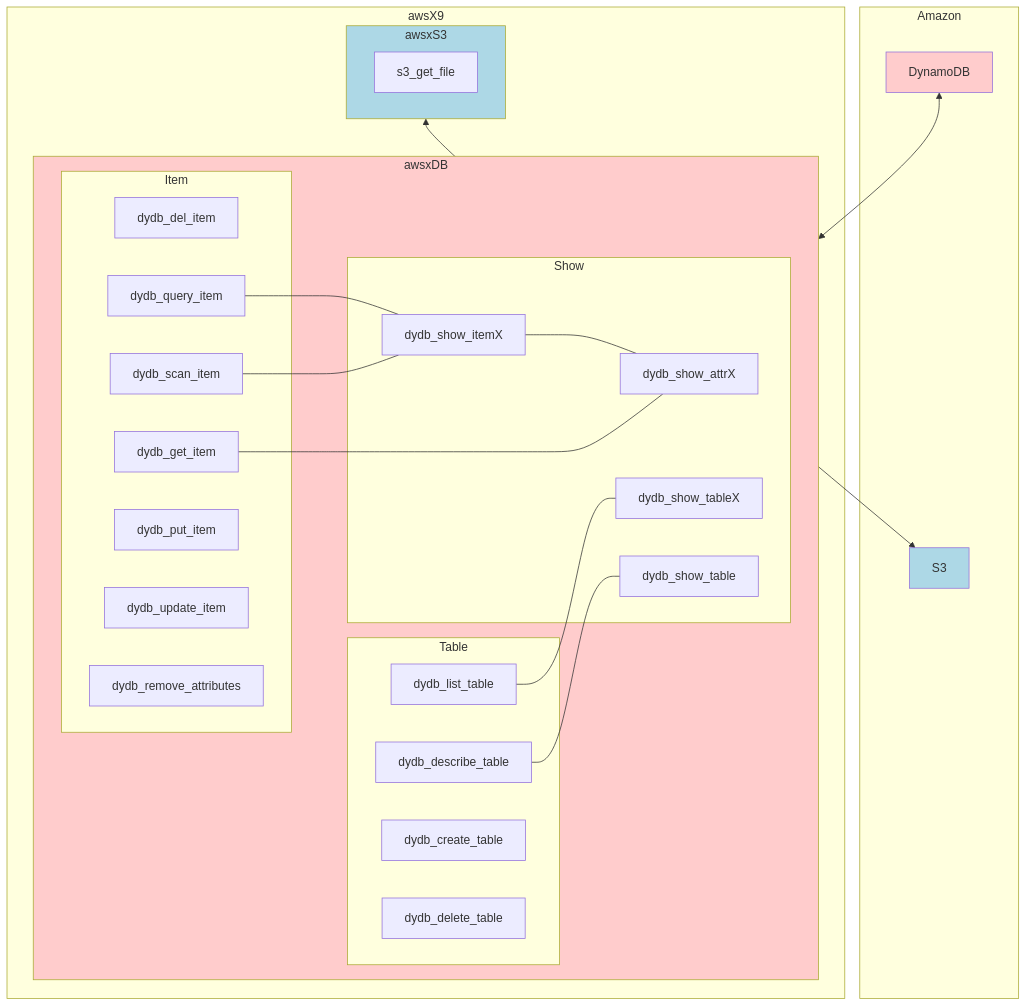
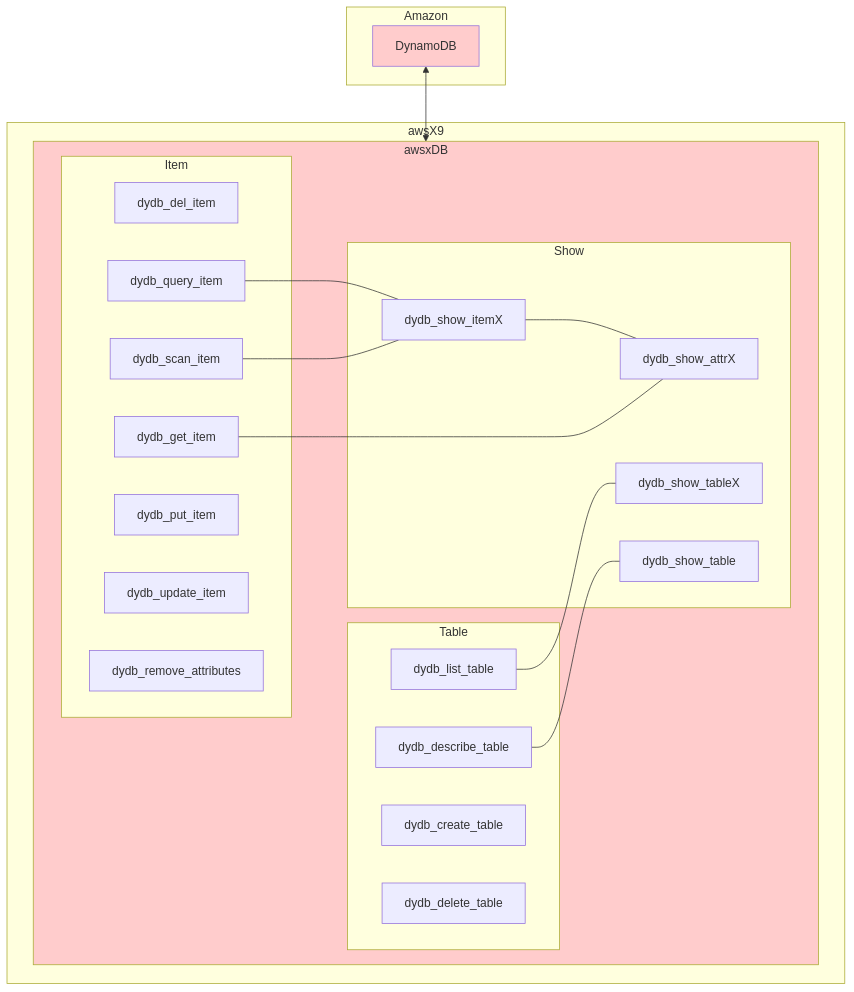
One commit to lankahsu520/awsX9 changed the first of 2 diagrams in README.md. Above: the diagram before and after it, drawn with Mermaid. The commit also changed other lines of this file, not shown here.

````diff
--- a/README.md
+++ b/README.md
@@ -6,51 +6,43 @@
 ```mermaid
 flowchart TD
 	subgraph Amazon
-		S3
 		DynamoDB
 	end
 
 	subgraph awsX9
 		subgraph awsxDB
 			subgraph Show
 				dydb_show_attrX
 				dydb_show_itemX --- dydb_show_attrX
 				dydb_show_tableX
 				dydb_show_table
 			end
 			subgraph Table
 				dydb_create_table
 				dydb_delete_table
 				dydb_list_table --- dydb_show_tableX
 				dydb_describe_table --- dydb_show_table
 			end
 
 			subgraph Item
 				dydb_del_item
 				dydb_put_item
 				dydb_update_item
 				dydb_remove_attributes
 
 				dydb_get_item --- dydb_show_attrX
 				dydb_query_item --- dydb_show_itemX
 				dydb_scan_item --- dydb_show_itemX
 			end
 		end
-	
-		subgraph awsxS3
-			s3_get_file
-		end
 	end
 	DynamoDB <--> awsxDB
-	awsxS3<-->S3
 
 	classDef yellow fill:#FFFFCC
 	classDef pink fill:#FFCCCC
 	classDef blue fill:#0000FF
 	classDef lightblue fill:#ADD8E6
 
 	class DynamoDB pink
 	class awsxDB pink
-	class S3 lightblue
-	class awsxS3 lightblue
 ```
````
